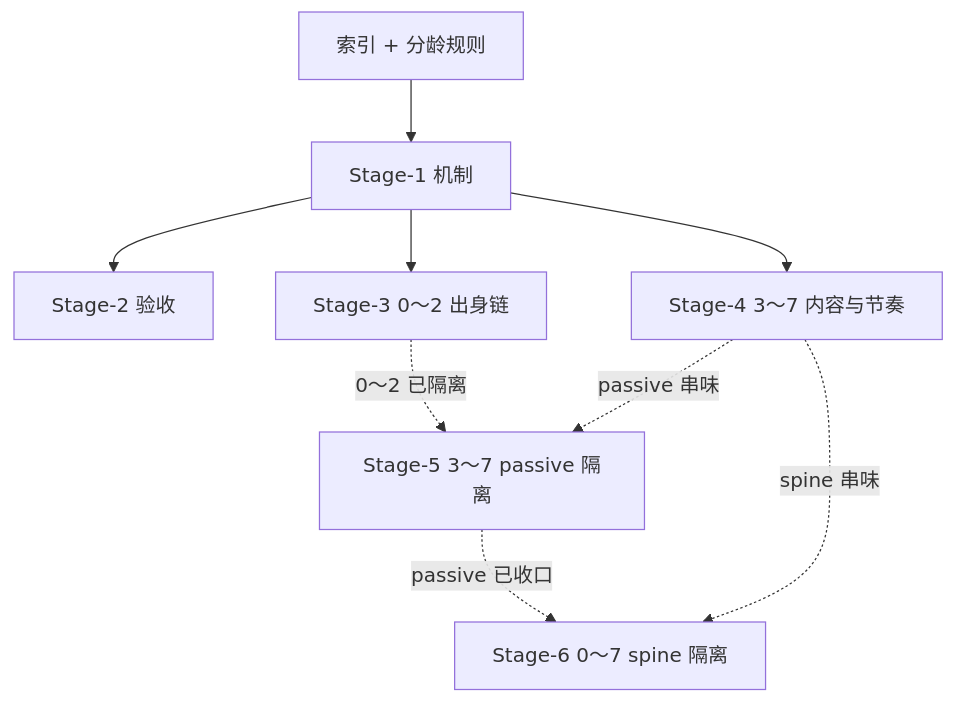
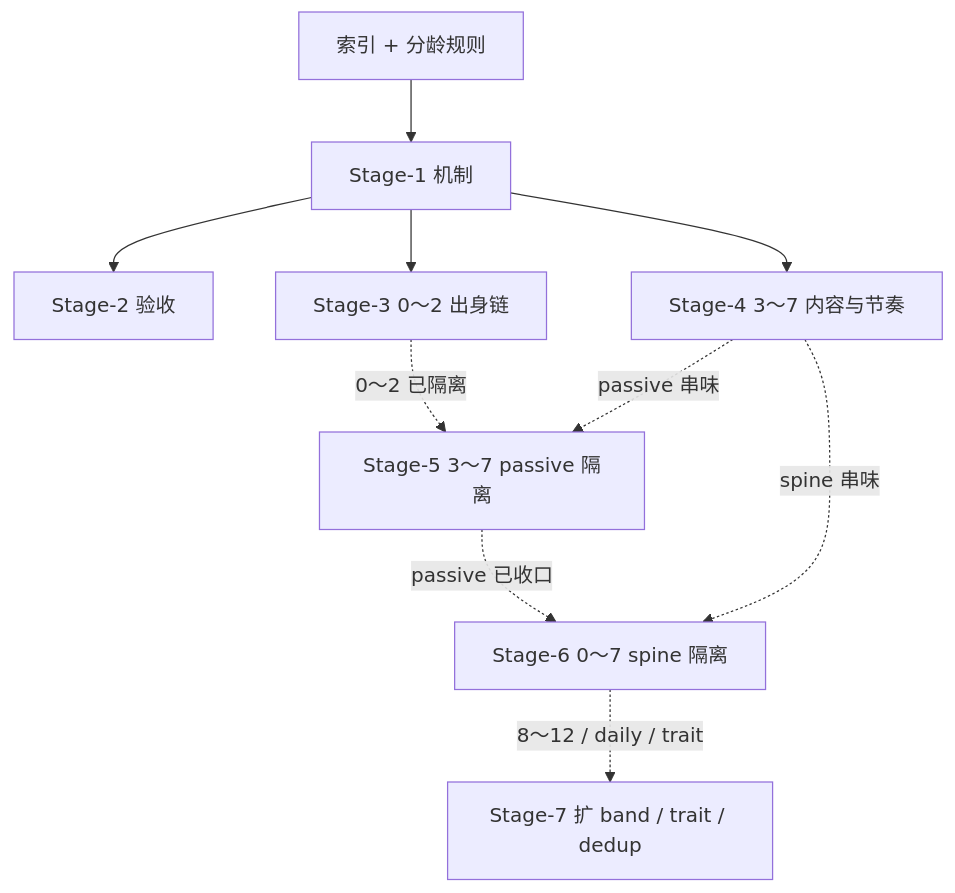
The diagram in docs/PRD/early-childhood-opening-experience-index.md (molibaby1/wuxia-life), drawn with Mermaid before and after one commit. The commit also changed other lines of this file and 13 other files, not shown here.

````diff
--- a/docs/PRD/early-childhood-opening-experience-index.md
+++ b/docs/PRD/early-childhood-opening-experience-index.md
@@ -35,19 +36,21 @@
 ```mermaid
 flowchart TB
   IDX[索引 + 分龄规则]
   S1[Stage-1 机制]
   S2[Stage-2 验收]
   S3[Stage-3 0～2 出身链]
   S4[Stage-4 3～7 内容与节奏]
   S5[Stage-5 3～7 passive 隔离]
   S6[Stage-6 0～7 spine 隔离]
+  S7[Stage-7 扩 band / trait / dedup]
 
   IDX --> S1
   S1 --> S2
   S1 --> S3
   S1 --> S4
   S3 -.->|0～2 已隔离| S5
   S4 -.->|passive 串味| S5
   S4 -.->|spine 串味| S6
   S5 -.->|passive 已收口| S6
+  S6 -.->|8～12 / daily / trait| S7
 ```
````
